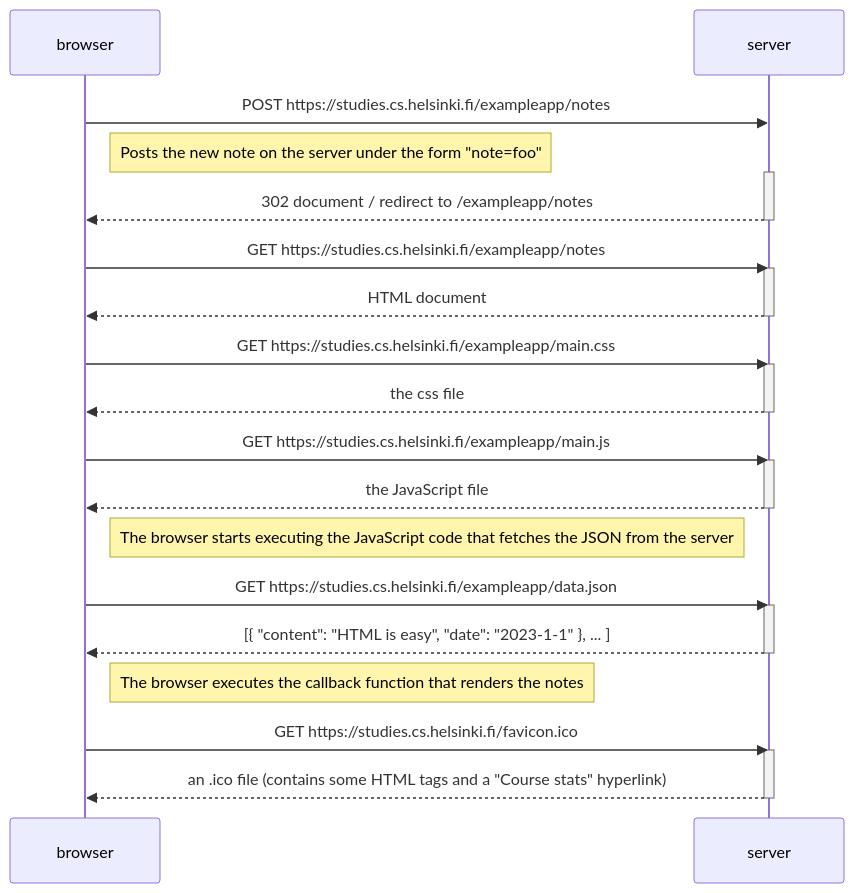
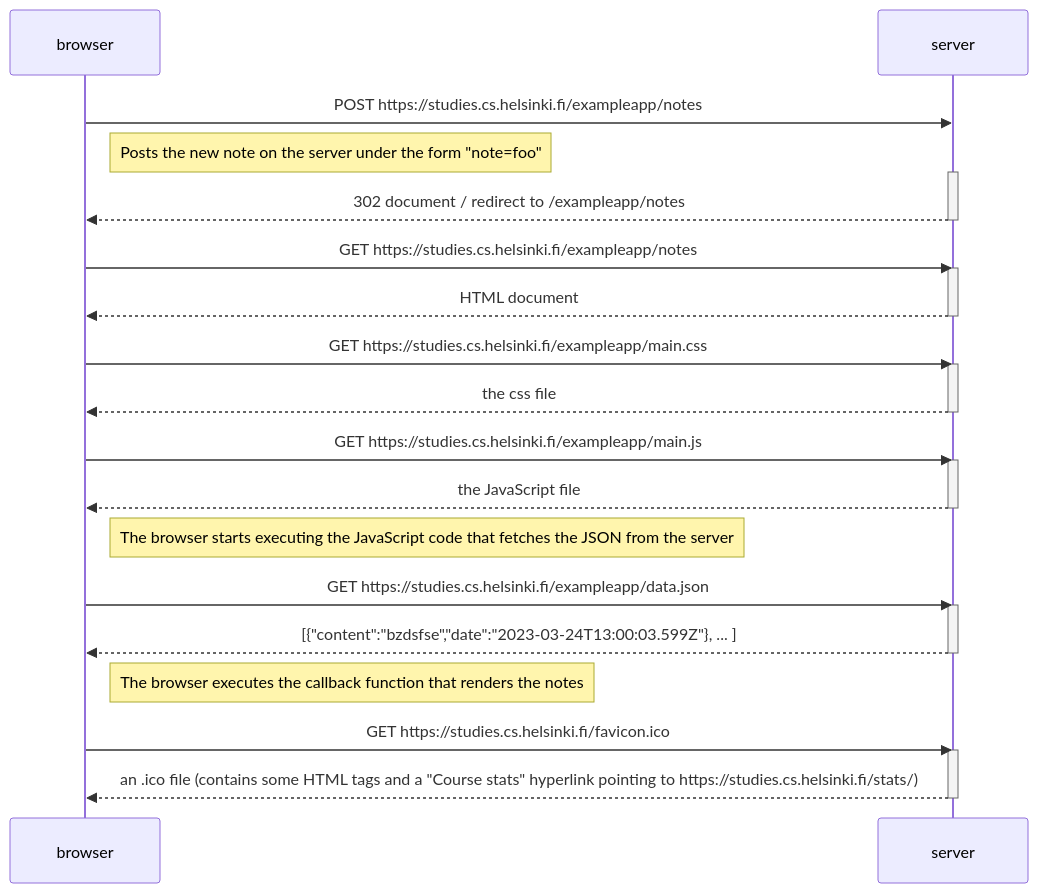
The diagram in Exercise-0.4.md (Bourbonjosh/Fullstack-course-part-0), drawn with Mermaid before and after one commit.

````diff
--- a/Exercise-0.4.md
+++ b/Exercise-0.4.md
@@ -3,40 +3,40 @@
 ```mermaid
 sequenceDiagram
     participant browser
     participant server
 
     browser->>server: POST https://studies.cs.helsinki.fi/exampleapp/notes
     Note right of browser: Posts the new note on the server under the form "note=foo"
     activate server
     server-->>browser: 302 document / redirect to /exampleapp/notes
     deactivate server    
     
     browser->>server: GET https://studies.cs.helsinki.fi/exampleapp/notes
     activate server
     server-->>browser: HTML document
     deactivate server
 
     browser->>server: GET https://studies.cs.helsinki.fi/exampleapp/main.css
     activate server
     server-->>browser: the css file
     deactivate server
 
     browser->>server: GET https://studies.cs.helsinki.fi/exampleapp/main.js
     activate server
     server-->>browser: the JavaScript file
     deactivate server
 
     Note right of browser: The browser starts executing the JavaScript code that fetches the JSON from the server
 
     browser->>server: GET https://studies.cs.helsinki.fi/exampleapp/data.json
     activate server
-    server-->>browser: [{ "content": "HTML is easy", "date": "2023-1-1" }, ... ]
+    server-->>browser: [{"content":"bzdsfse","date":"2023-03-24T13:00:03.599Z"}, ... ]
     deactivate server
 
     Note right of browser: The browser executes the callback function that renders the notes
     
     browser->>server: GET https://studies.cs.helsinki.fi/favicon.ico
     activate server
-    server-->>browser: an .ico file (contains some HTML tags and a "Course stats" hyperlink)
+    server-->>browser: an .ico file (contains some HTML tags and a "Course stats" hyperlink pointing to https://studies.cs.helsinki.fi/stats/)
     deactivate server
 ```
````
